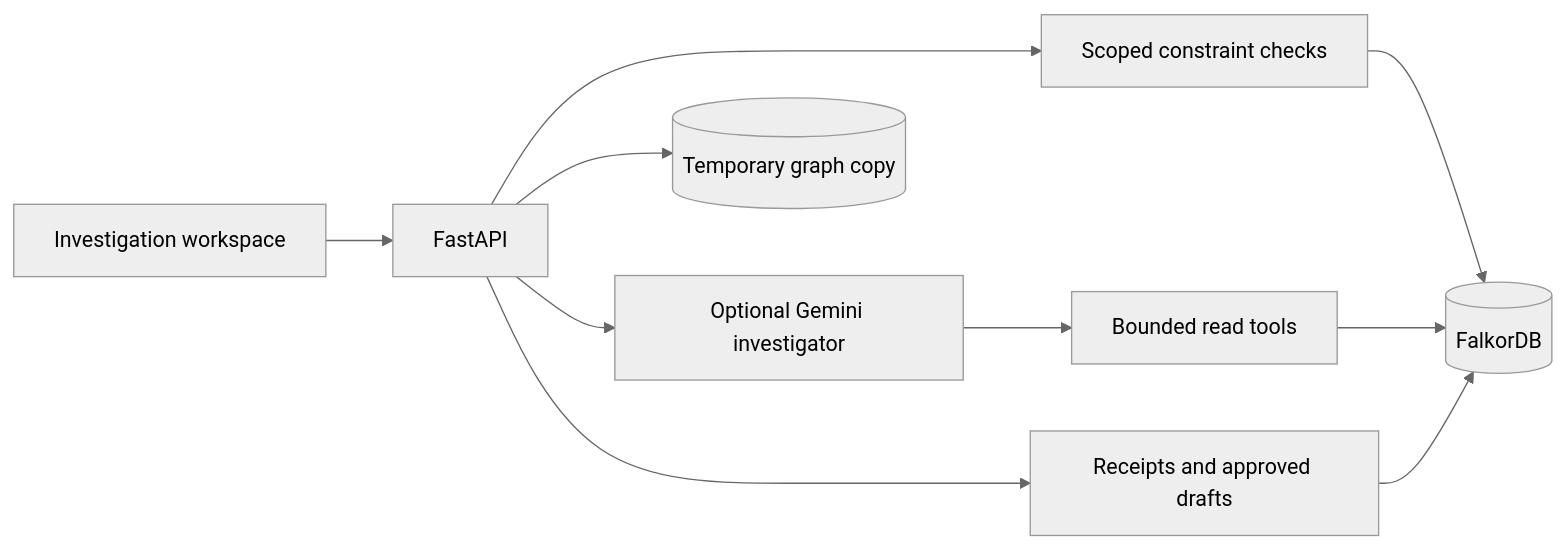
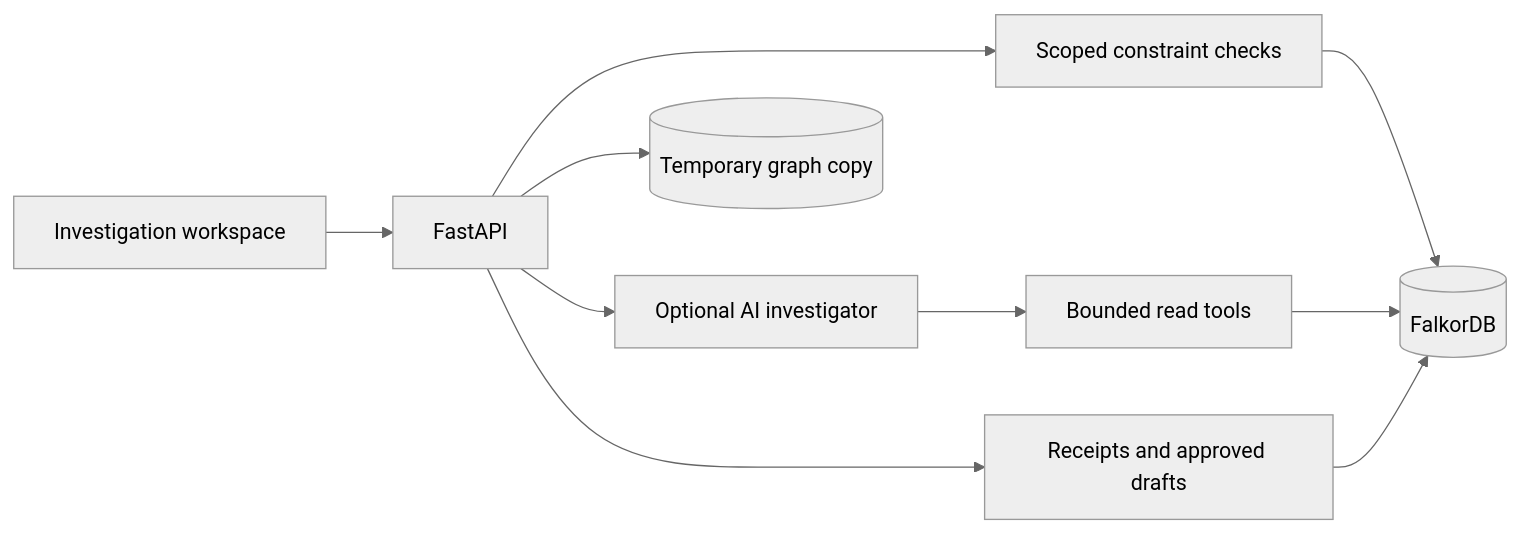
One commit to VeerabhadraYerram/Chronos changed the diagram in README.md. Above: the diagram before and after it, drawn with Mermaid (neutral theme). The commit also changed other lines of this file and 29 other files, not shown here.

Commit message:
Build interactive company evidence workspace and document database schema

````diff
--- a/README.md
+++ b/README.md
@@ -85,12 +84,12 @@
 ```mermaid
 flowchart LR
     UI[Investigation workspace] --> API[FastAPI]
     API --> Checks[Scoped constraint checks]
-    API --> Agent[Optional Gemini investigator]
+    API --> Agent[Optional AI investigator]
     Agent --> Tools[Bounded read tools]
     Checks --> Graph[(FalkorDB)]
     Tools --> Graph
     API --> Records[Receipts and approved drafts]
     Records --> Graph
     API --> Scenario[(Temporary graph copy)]
 ```
````
